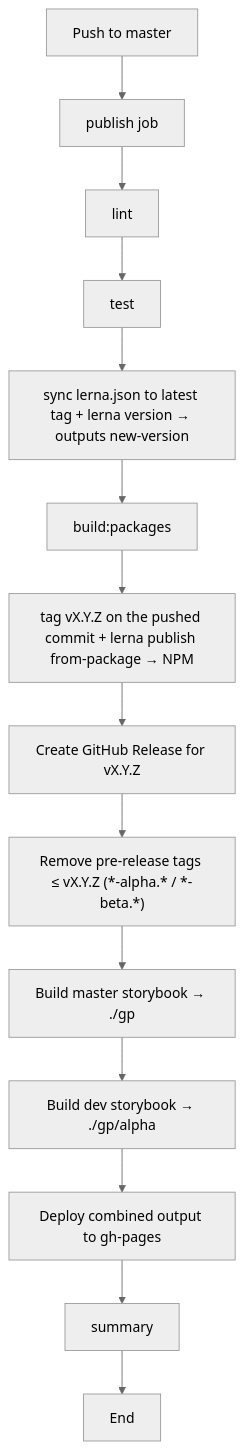
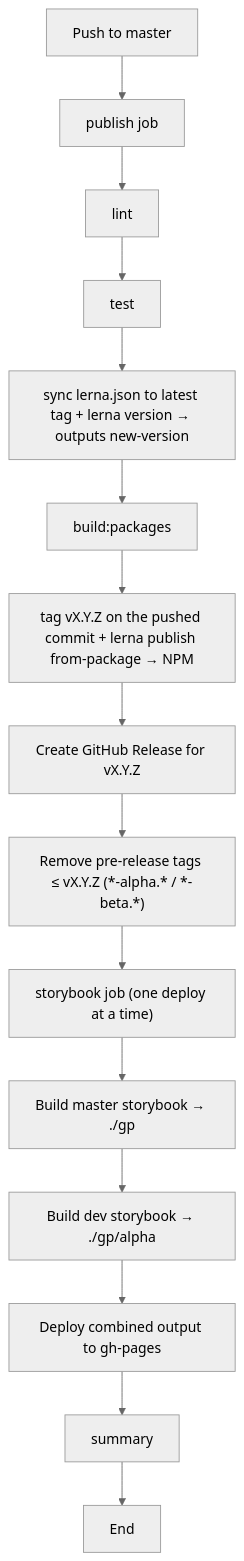
Before and after one commit to kelvininc/ui-components: the third of 4 diagrams in .github/workflows/README.md, drawn with Mermaid (neutral theme). The commit also changed other lines of this file and 3 other files, not shown here.

First line of the commit message:
ci(storybook): deploy gh-pages from its own job, one deploy at a time

````diff
--- a/.github/workflows/README.md
+++ b/.github/workflows/README.md
@@ -84,16 +85,17 @@
 ```mermaid
 graph TD
     A[Push to master] --> B[publish job]
     B --> C[lint]
     C --> D[test]
     D --> E[sync lerna.json to latest tag + lerna version → outputs new-version]
     E --> F[build:packages]
     F --> G[tag vX.Y.Z on the pushed commit + lerna publish from-package → NPM]
     G --> H[Create GitHub Release for vX.Y.Z]
     H --> I["Remove pre-release tags &le; vX.Y.Z (*-alpha.* / *-beta.*)"]
-    I --> J[Build master storybook → ./gp]
+    I --> S["storybook job (one deploy at a time)"]
+    S --> J[Build master storybook → ./gp]
     J --> K[Build dev storybook → ./gp/alpha]
     K --> L[Deploy combined output to gh-pages]
     L --> M[summary]
     M --> N[End]
 ```
````
